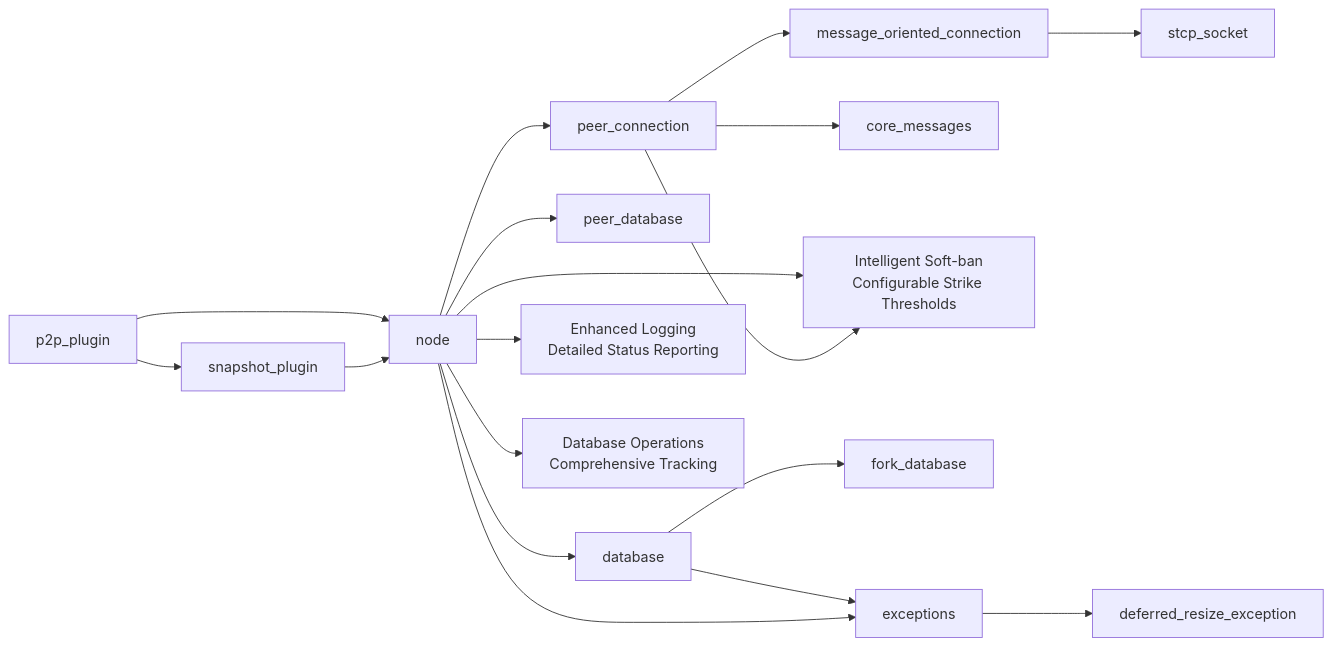
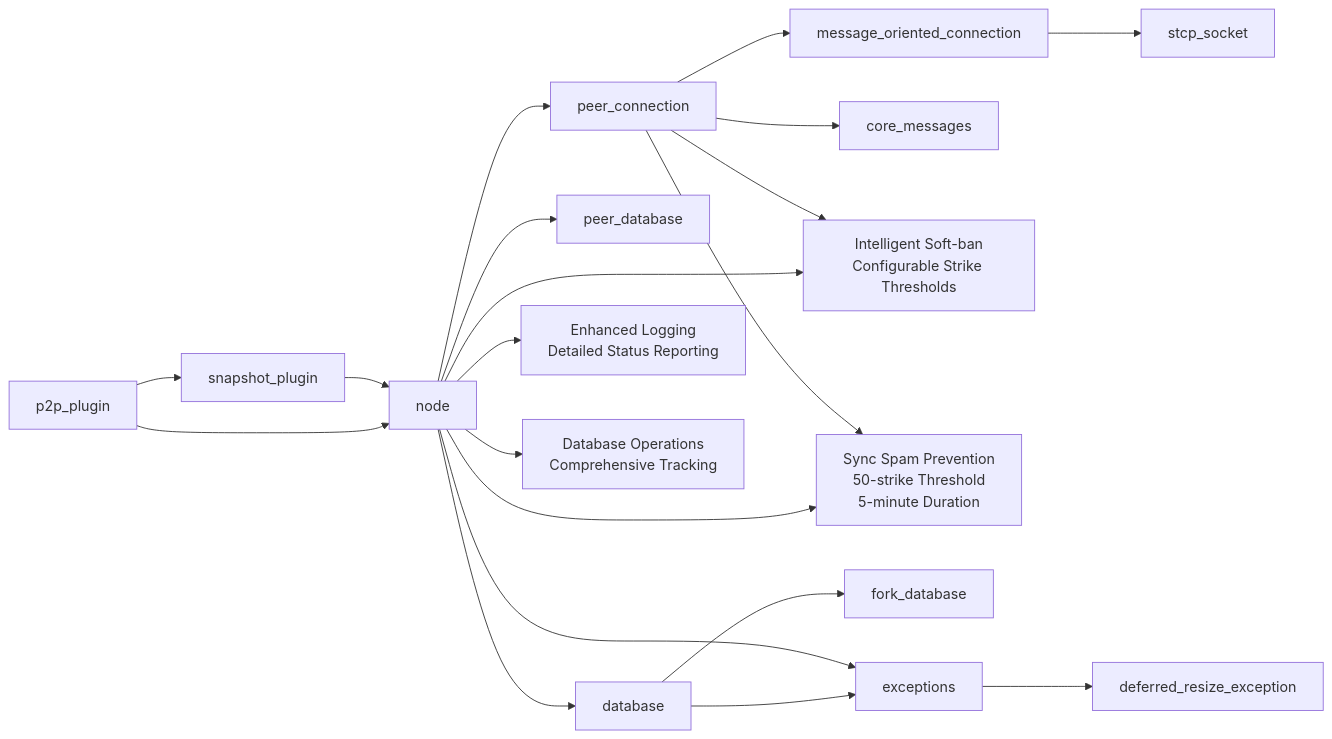
One commit to VIZ-Blockchain/viz-cpp-node changed diagram 14 of 14 in .qoder/repowiki/en/content/Architecture Overview/Core Libraries/Network Library/Peer Connection Management.md. Above: the diagram before and after it, drawn with Mermaid. The commit also changed other lines of this file and 4 other files, not shown here.

First line of the commit message:
feat(network): add intelligent sync spam prevention to peer connection

````diff
--- a/.qoder/repowiki/en/content/Architecture Overview/Core Libraries/Network Library/Peer Connection Management.md
+++ b/.qoder/repowiki/en/content/Architecture Overview/Core Libraries/Network Library/Peer Connection Management.md
@@ -695,20 +745,22 @@
 ```mermaid
 graph LR
 PC["peer_connection"] --> MOC["message_oriented_connection"]
 MOC --> STCP["stcp_socket"]
 PC --> CM["core_messages"]
 N["node"] --> PC
 N --> PD["peer_database"]
 N --> DB["database"]
 N --> SB["Intelligent Soft-ban<br/>Configurable Strike Thresholds"]
 N --> CR["Enhanced Logging<br/>Detailed Status Reporting"]
 N --> DBOPS["Database Operations<br/>Comprehensive Tracking"]
+N --> SS["Sync Spam Prevention<br/>50-strike Threshold<br/>5-minute Duration"]
 P2P["p2p_plugin"] --> N
 P2P --> SNAP["snapshot_plugin"]
 SNAP --> N
 DB --> FD["fork_database"]
 DB --> EX["exceptions"]
 N --> EX
 EX --> DR["deferred_resize_exception"]
 PC --> SB
+PC --> SS
 ```
````
